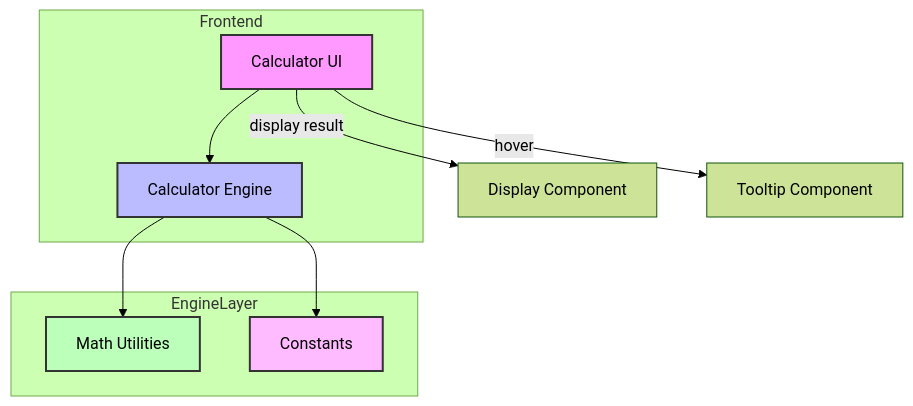
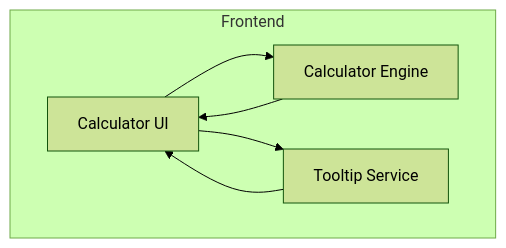
The diagram in generated-projects/simplecalculator/docs/agents/architect-mission.md (ErezKon/AgenticDevTeam), drawn with Mermaid (forest theme) before and after one commit. The commit also changed other lines of this file and 2 other files, not shown here.

````diff
--- a/generated-projects/simplecalculator/docs/agents/architect-mission.md
+++ b/generated-projects/simplecalculator/docs/agents/architect-mission.md
@@ -39,16 +35,12 @@
 ```mermaid
 graph TD
     subgraph Frontend
-        UI[Calculator UI] --> Engine[Calculator Engine]
+        UI[Calculator UI]
+        Engine[Calculator Engine]
+        Tooltip[Tooltip Service]
     end
-    subgraph EngineLayer
-        Engine --> Utils[Math Utilities]
-        Engine --> Const[Constants]
-    end
-    UI -->|display result| Display[Display Component]
-    UI -->|hover| Tooltip[Tooltip Component]
-    style UI fill:#f9f,stroke:#333,stroke-width:2px
-    style Engine fill:#bbf,stroke:#333,stroke-width:2px
-    style Utils fill:#bfb,stroke:#333,stroke-width:2px
-    style Const fill:#fbf,stroke:#333,stroke-width:2px
+    UI --> Engine
+    UI --> Tooltip
+    Engine --> UI
+    Tooltip --> UI
 ```
````
